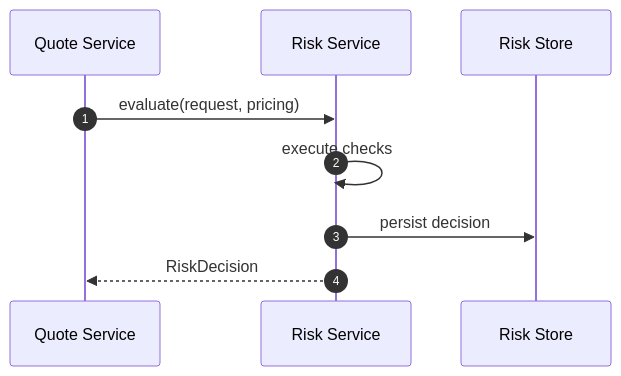
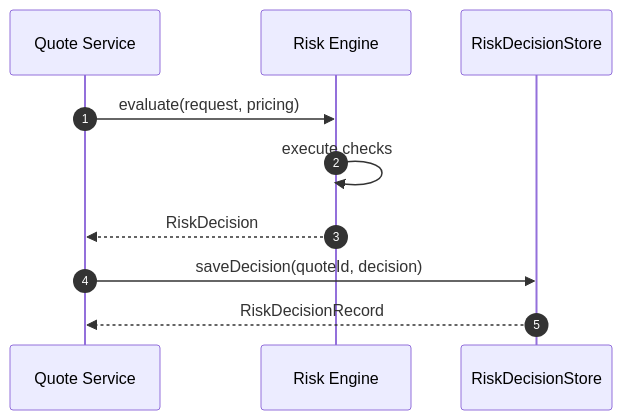
Before and after one commit to alvis-ai/production-grade-web3-rfq-market-maker: the second of 3 diagrams in book/Volume5-BackendEngineering/Chapter04-Risk-Service.md, drawn with Mermaid. The commit also changed other lines of this file and 11 other files, not shown here.

Commit message:
fix: persist risk decisions before signing

````diff
--- a/book/Volume5-BackendEngineering/Chapter04-Risk-Service.md
+++ b/book/Volume5-BackendEngineering/Chapter04-Risk-Service.md
@@ -74,12 +74,13 @@
 ```mermaid
 sequenceDiagram
   autonumber
   participant Q as Quote Service
-  participant R as Risk Service
-  participant DB as Risk Store
+  participant R as Risk Engine
+  participant Store as RiskDecisionStore
 
   Q->>R: evaluate(request, pricing)
   R->>R: execute checks
-  R->>DB: persist decision
   R-->>Q: RiskDecision
+  Q->>Store: saveDecision(quoteId, decision)
+  Store-->>Q: RiskDecisionRecord
 ```
````
